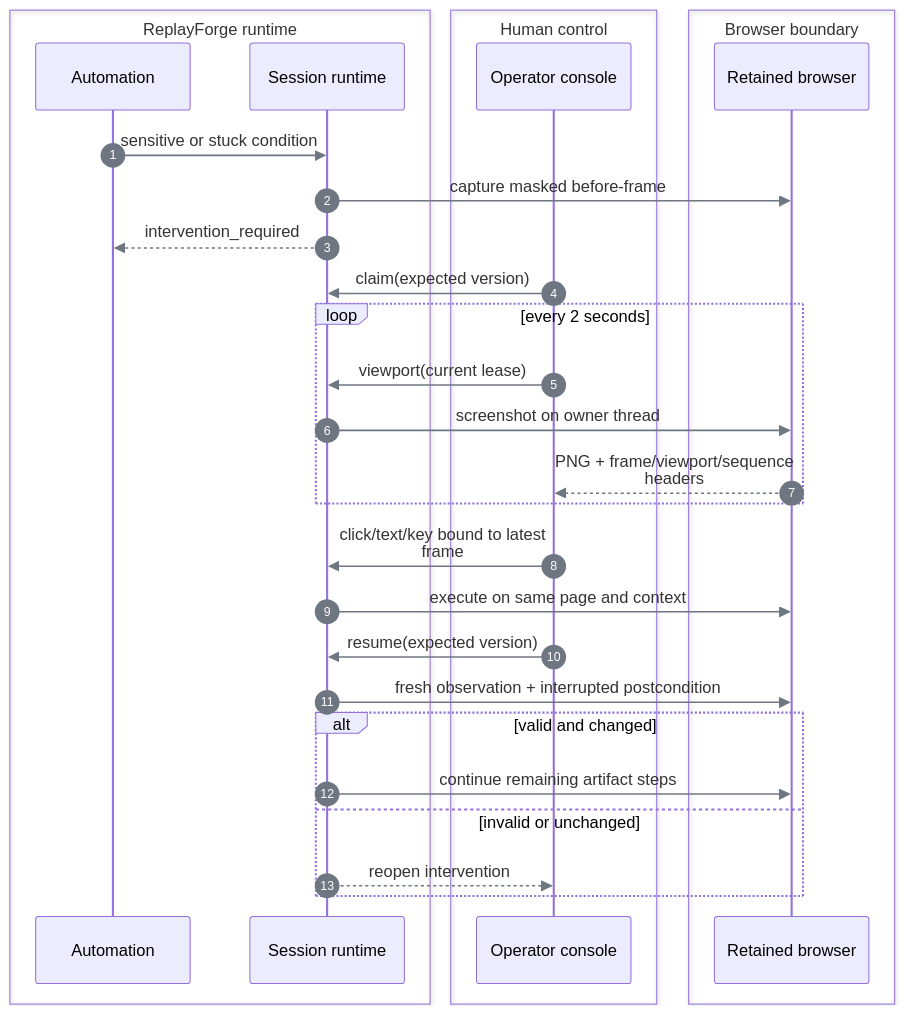
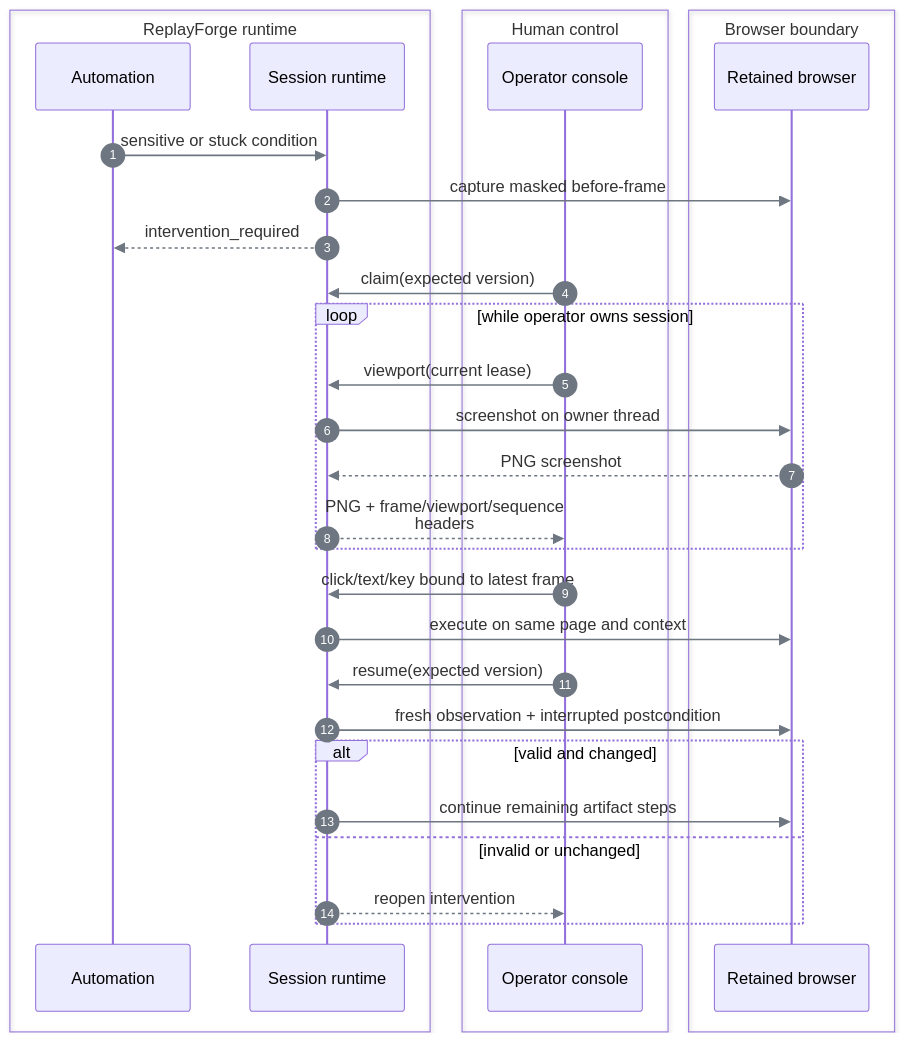
The third of 3 diagrams in docs/safety-and-handoff.md (SivaTSS/replay-forge), drawn with Mermaid before and after one commit. The commit also changed other lines of this file and 15 other files, not shown here.

Commit message:
docs: unify reference structure and validate diagram consistency

````diff
--- a/docs/safety-and-handoff.md
+++ b/docs/safety-and-handoff.md
@@ -87,33 +94,34 @@
 ```mermaid
 %%{init: {"htmlLabels":false,"themeVariables":{"lineColor":"#6E7781","signalColor":"#6E7781"},"flowchart":{"curve":"linear"},"sequence":{"wrap":true}}}%%
 sequenceDiagram
     autonumber
     box ReplayForge runtime
         participant A as Automation
         participant R as Session runtime
     end
     box Human control
         participant O as Operator console
     end
     box Browser boundary
         participant B as Retained browser
     end
     A->>R: sensitive or stuck condition
     R->>B: capture masked before-frame
     R-->>A: intervention_required
     O->>R: claim(expected version)
-    loop every 2 seconds
+    loop while operator owns session
         O->>R: viewport(current lease)
         R->>B: screenshot on owner thread
-        B-->>O: PNG + frame/viewport/sequence headers
+        B-->>R: PNG screenshot
+        R-->>O: PNG + frame/viewport/sequence headers
     end
     O->>R: click/text/key bound to latest frame
     R->>B: execute on same page and context
     O->>R: resume(expected version)
     R->>B: fresh observation + interrupted postcondition
     alt valid and changed
         R->>B: continue remaining artifact steps
     else invalid or unchanged
         R-->>O: reopen intervention
     end
 ```
````
